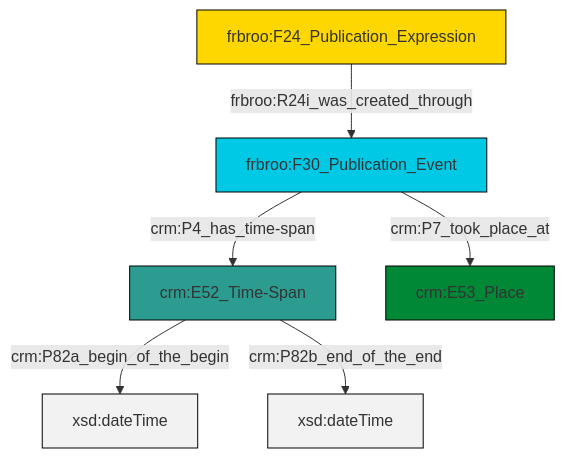
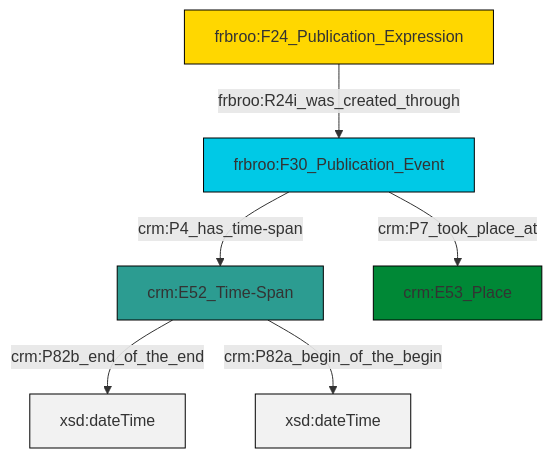
The diagram in et/biblioCSV/ttl/mmd/biblio_existence.ttl.mmd (swiss-art-research-net/reference-data-models), drawn with Mermaid before and after one commit. The commit also changed 128 other files, not shown here.

```diff
--- a/et/biblioCSV/ttl/mmd/biblio_existence.ttl.mmd
+++ b/et/biblioCSV/ttl/mmd/biblio_existence.ttl.mmd
@@ -1,20 +1,20 @@
 graph TD
 classDef Literal fill:#f2f2f2,stroke:#000000;
 classDef CRM_Entity fill:#FFFFFF,stroke:#000000;
 classDef Temporal_Entity fill:#00C9E6, stroke:#000000;
 classDef Type fill:#E18312, stroke:#000000;
 classDef Time-Span fill:#2C9C91, stroke:#000000;
 classDef Appellation fill:#FFEB7F, stroke:#000000;
 classDef Place fill:#008836, stroke:#000000;
 classDef Persistent_Item fill:#B266B2, stroke:#000000;
 classDef Conceptual_Object fill:#FFD700, stroke:#000000;
 classDef Physical_Thing fill:#D2B48C, stroke:#000000;
 classDef Actor fill:#f58aad, stroke:#000000;
 classDef PC_Classes fill:#4ce600, stroke:#000000;
 classDef Multi fill:#cccccc,stroke:#000000;
 
 0["frbroo:F30_Publication_Event"]:::Temporal_Entity -->|crm:P4_has_time-span| 1["crm:E52_Time-Span"]:::Time-Span
-0["frbroo:F30_Publication_Event"]:::Temporal_Entity -->|crm:P7_took_place_at| 2["crm:E53_Place"]:::Place
-3["frbroo:F24_Publication_Expression"]:::Conceptual_Object -->|frbroo:R24i_was_created_through| 0["frbroo:F30_Publication_Event"]:::Temporal_Entity
-1["crm:E52_Time-Span"]:::Time-Span -->|crm:P82a_begin_of_the_begin| 5[xsd:dateTime]:::Literal
-1["crm:E52_Time-Span"]:::Time-Span -->|crm:P82b_end_of_the_end| 8[xsd:dateTime]:::Literal
+1["crm:E52_Time-Span"]:::Time-Span -->|crm:P82b_end_of_the_end| 3[xsd:dateTime]:::Literal
+0["frbroo:F30_Publication_Event"]:::Temporal_Entity -->|crm:P7_took_place_at| 4["crm:E53_Place"]:::Place
+6["frbroo:F24_Publication_Expression"]:::Conceptual_Object -->|frbroo:R24i_was_created_through| 0["frbroo:F30_Publication_Event"]:::Temporal_Entity
+1["crm:E52_Time-Span"]:::Time-Span -->|crm:P82a_begin_of_the_begin| 9[xsd:dateTime]:::Literal
```
